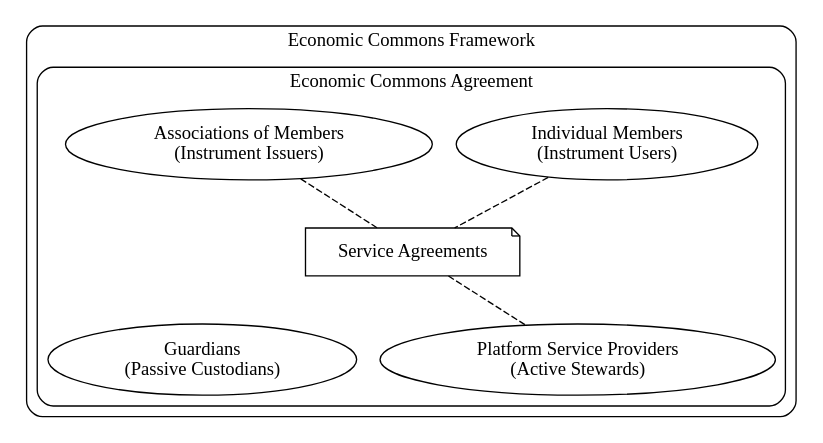
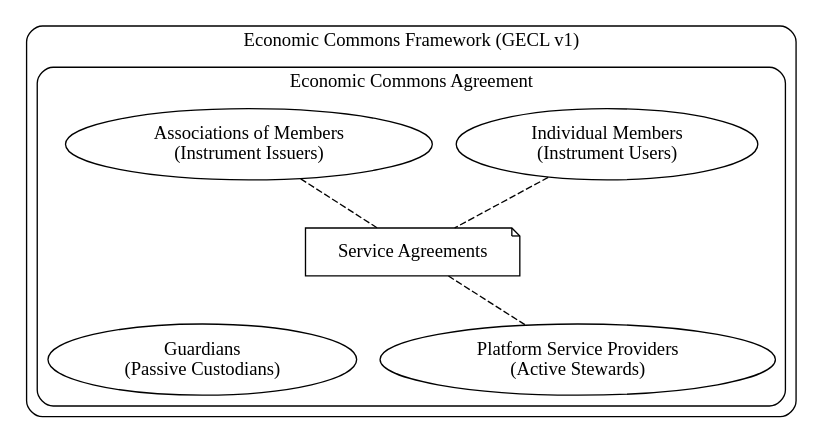
Before and after one commit to grassrootseconomics/docs.grassecon.org: the diagram in docs/commons/index.md, drawn with Graphviz. The commit also changed other lines of this file and 7 other files, not shown here.

````diff
--- a/docs/commons/index.md
+++ b/docs/commons/index.md
@@ -7,30 +9,30 @@
 ```graphviz dot econ_commons1.svg
 digraph D {
  compound=true;
 
   subgraph cluster_e {
 
-    label = "Economic Commons Framework";
+    label = "Economic Commons Framework (GECL v1)";
      style="rounded"
 
 
   subgraph cluster_p {
 
     label = "Economic Commons Agreement";
      style="rounded"
      edge [arrowhead=none,arrowtail=dot,style=dashed];
 
      e [label= "Guardians\n(Passive Custodians)"]
      nd_2   [label = "Individual Members\n(Instrument Users)"];
      nd_1   [label = "Associations of Members\n(Instrument Issuers)"];
      	serve_1   [label = "Service Agreements",shape="note"];
 
 	csp   [label = "Platform Service Providers\n(Active Stewards)"];
         nd_1 -> serve_1 -> csp
         nd_2 -> serve_1
 	serve_1 -> e [ style = invis ];
 
   }
     }
 }
 ```
````
